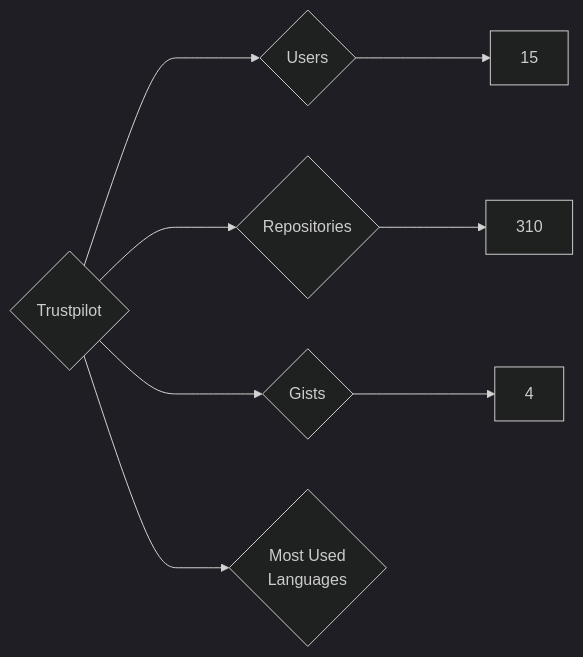
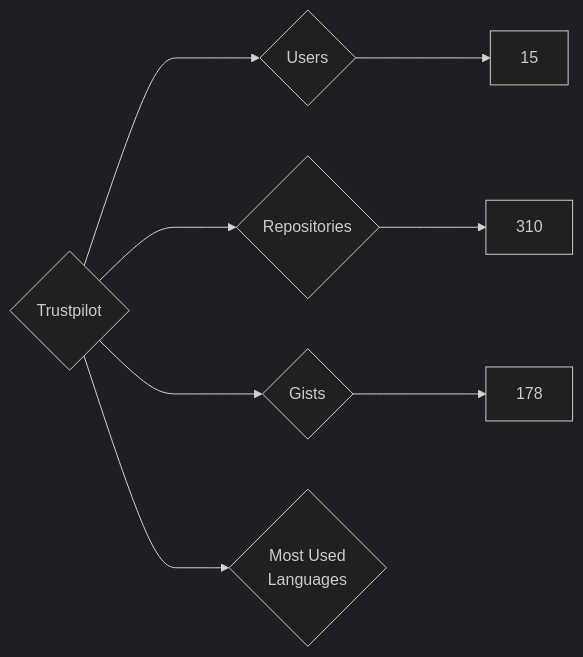
The diagram in targets/Trustpilot/README.md (nenadzaric/insiders), drawn with Mermaid (dark theme) before and after one commit. The commit also changed 1342 other files, not shown here.

````diff
--- a/targets/Trustpilot/README.md
+++ b/targets/Trustpilot/README.md
@@ -3,8 +3,8 @@
 ```mermaid
 graph LR
 COMPANY_NAME{Trustpilot}
 COMPANY_NAME ---> U{Users} ---> UN[15]
 COMPANY_NAME ---> R{Repositories} ---> RN[310]
-COMPANY_NAME ---> G{Gists} ---> GN[4]
+COMPANY_NAME ---> G{Gists} ---> GN[178]
 COMPANY_NAME ---> ML{Most Used<br>Languages}
 ```
````
